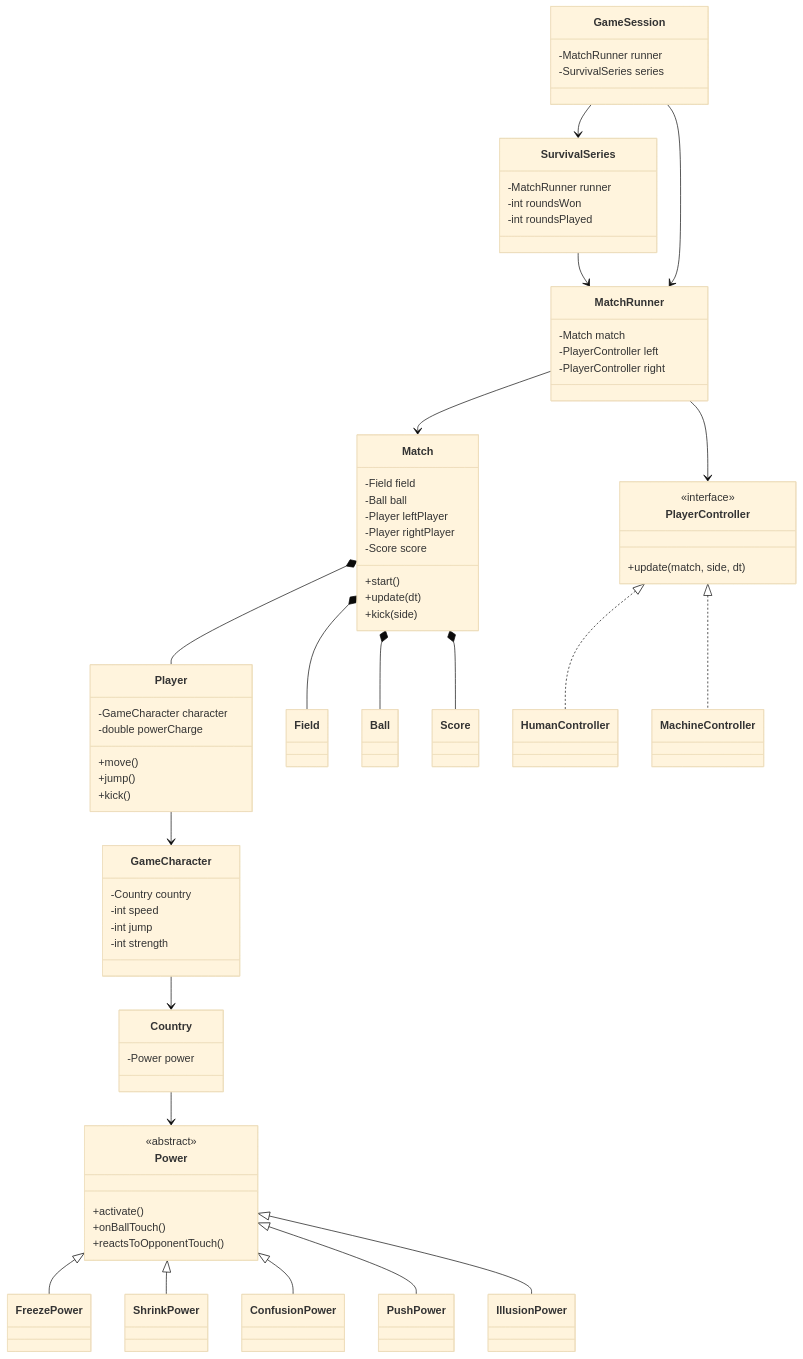
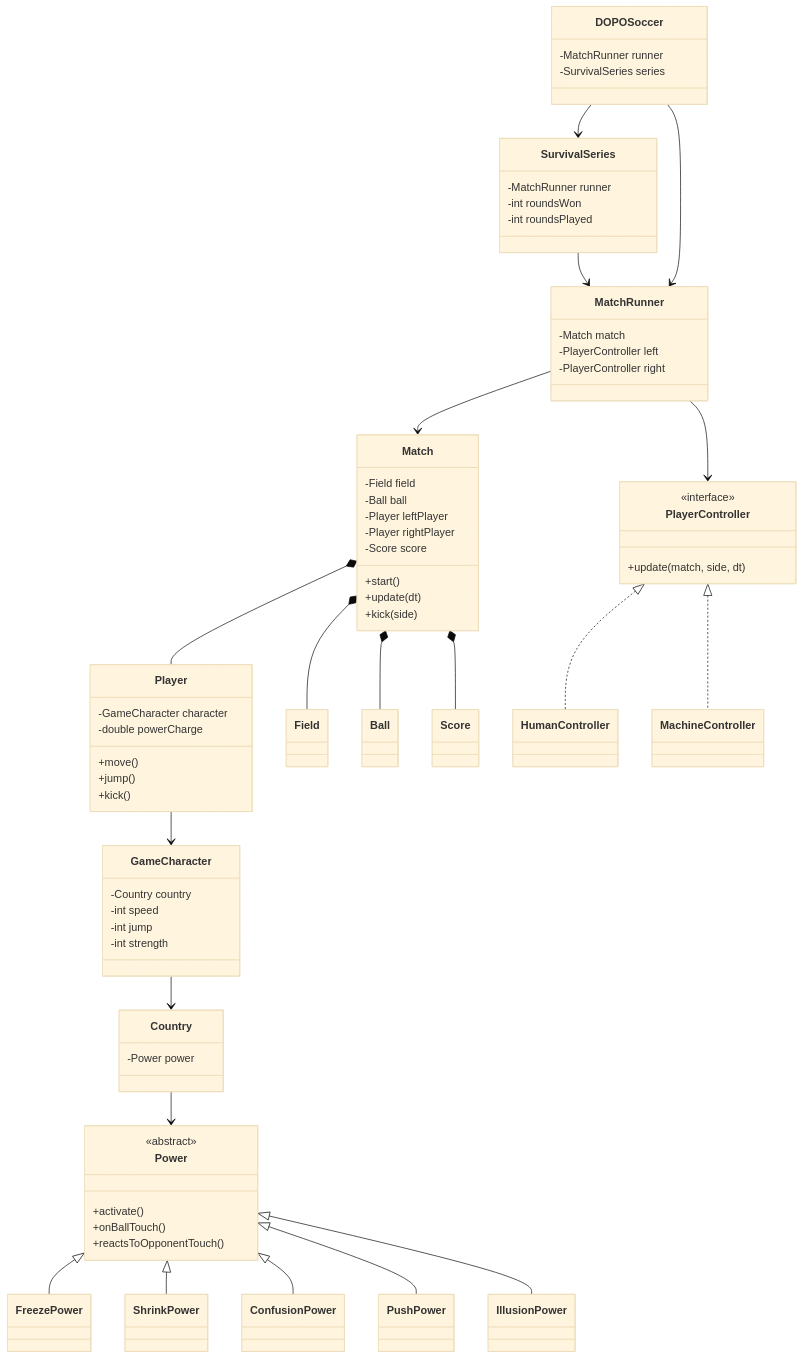
One commit to Alejoosp01/DOPOsoccer changed the diagram in INFORME_FASES.md. Above: the diagram before and after it, drawn with Mermaid (base theme). The commit also changed other lines of this file and 51 other files, not shown here.

````diff
--- a/INFORME_FASES.md
+++ b/INFORME_FASES.md
@@ -869,73 +875,73 @@
 ```mermaid
 classDiagram
     class Match {
         -Field field
         -Ball ball
         -Player leftPlayer
         -Player rightPlayer
         -Score score
         +start()
         +update(dt)
         +kick(side)
     }
     class Player {
         -GameCharacter character
         -double powerCharge
         +move()
         +jump()
         +kick()
     }
     class GameCharacter {
         -Country country
         -int speed
         -int jump
         -int strength
     }
     class Country {
         -Power power
     }
     class Power {
         <<abstract>>
         +activate()
         +onBallTouch()
         +reactsToOpponentTouch()
     }
     class PlayerController {
         <<interface>>
         +update(match, side, dt)
     }
     class MatchRunner {
         -Match match
         -PlayerController left
         -PlayerController right
     }
     class SurvivalSeries {
         -MatchRunner runner
         -int roundsWon
         -int roundsPlayed
     }
-    class GameSession {
+    class DOPOSoccer {
         -MatchRunner runner
         -SurvivalSeries series
     }
 
     Match *-- Field
     Match *-- Ball
     Match *-- Score
     Match *-- Player
     Player --> GameCharacter
     GameCharacter --> Country
     Country --> Power
     Power <|-- FreezePower
     Power <|-- ShrinkPower
     Power <|-- ConfusionPower
     Power <|-- PushPower
     Power <|-- IllusionPower
     PlayerController <|.. HumanController
     PlayerController <|.. MachineController
     MatchRunner --> Match
     MatchRunner --> PlayerController
     SurvivalSeries --> MatchRunner
-    GameSession --> MatchRunner
-    GameSession --> SurvivalSeries
+    DOPOSoccer --> MatchRunner
+    DOPOSoccer --> SurvivalSeries
 ```
````
